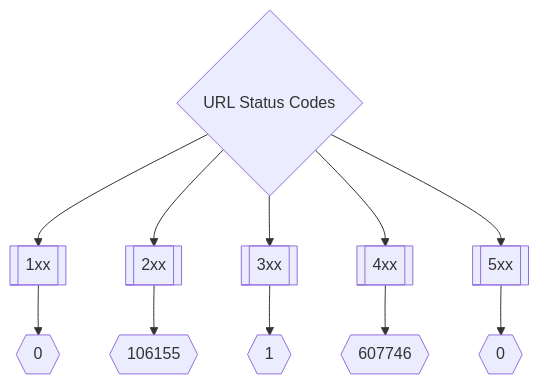
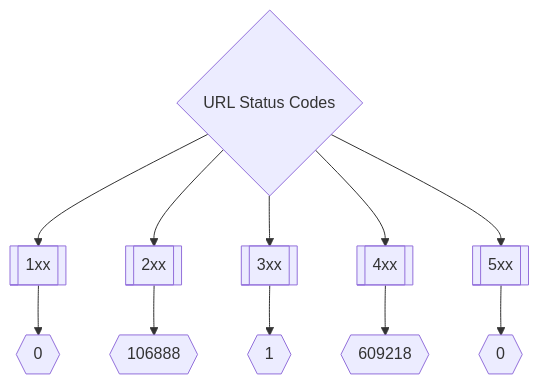
One commit to Excloudx6/inventory changed the second of 3 diagrams in README.md. Above: the diagram before and after it, drawn with Mermaid. The commit also changed other lines of this file, not shown here.

Commit message:
Update README.md Sun Aug 14 22:13:50 UTC 2022

````diff
--- a/README.md
+++ b/README.md
@@ -175,8 +175,8 @@
 ```mermaid
 graph TD
 title{URL Status Codes} --> 1xx[[1xx]] --> status1xxNum{{0}}
-title --> 2xx[[2xx]] --> status2xxNum{{106155}}
+title --> 2xx[[2xx]] --> status2xxNum{{106888}}
 title --> 3xx[[3xx]] --> status3xxNum{{1}}
-title --> 4xx[[4xx]] --> status4xxNum{{607746}}
+title --> 4xx[[4xx]] --> status4xxNum{{609218}}
 title --> 5xx[[5xx]] --> status5xxNum{{0}}
 ```
````
